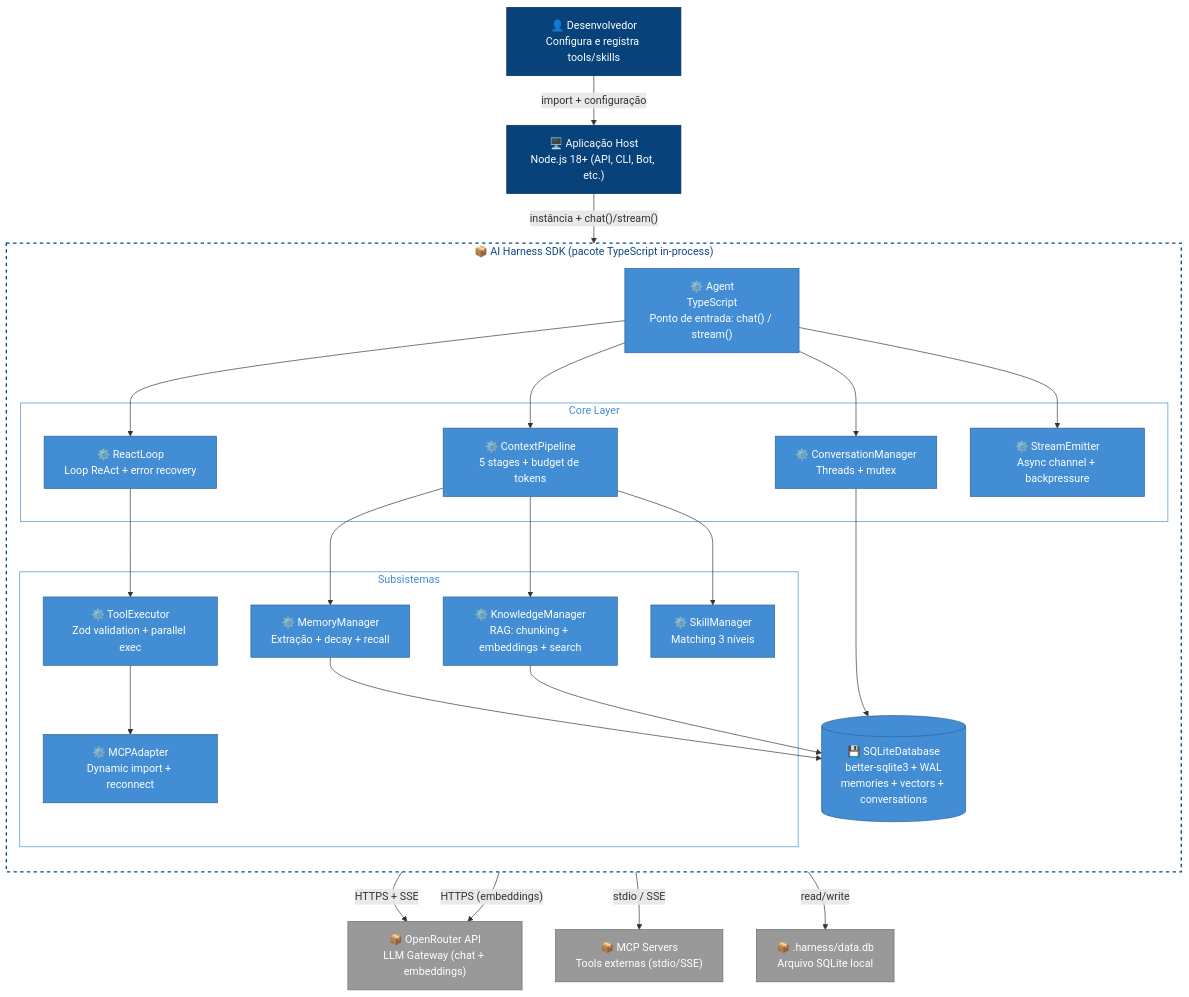
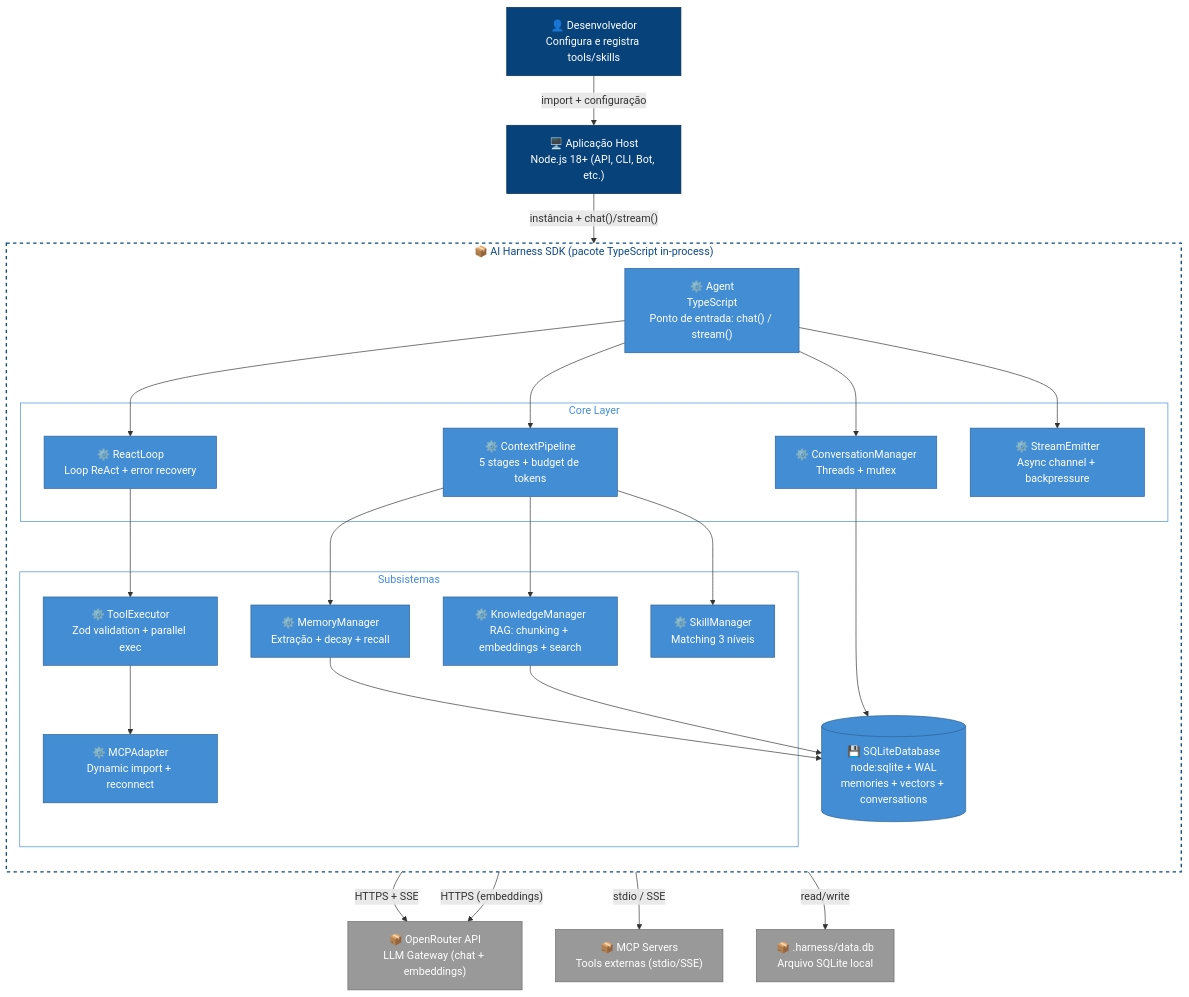
The diagram in docs/diagrams/containers/container-diagram.mmd (DouglasPrado/oinko), drawn with Mermaid before and after one commit. The commit also changed 29 other files, not shown here.

```diff
--- a/docs/diagrams/containers/container-diagram.mmd
+++ b/docs/diagrams/containers/container-diagram.mmd
@@ -1,78 +1,78 @@
 %% C4 Nível 2: Container Diagram — AI Harness SDK
 %% Referência: docs/blueprint/06-system-architecture.md
 %% O AI Harness SDK é uma biblioteca in-process, não um serviço distribuído.
 
 graph TB
     %% Atores
     Dev["👤 Desenvolvedor<br/>Configura e registra tools/skills"]
     HostApp["🖥️ Aplicação Host<br/>Node.js 18+ (API, CLI, Bot, etc.)"]
 
     %% Fronteira do Sistema
     subgraph SystemBoundary["📦 AI Harness SDK (pacote TypeScript in-process)"]
         direction TB
 
         Agent["⚙️ Agent<br/>TypeScript<br/>Ponto de entrada: chat() / stream()"]
 
         subgraph CoreLayer["Core Layer"]
             ReactLoop["⚙️ ReactLoop<br/>Loop ReAct + error recovery"]
             StreamEmitter["⚙️ StreamEmitter<br/>Async channel + backpressure"]
             CtxPipeline["⚙️ ContextPipeline<br/>5 stages + budget de tokens"]
             ConvManager["⚙️ ConversationManager<br/>Threads + mutex"]
         end
 
         subgraph SubsystemsLayer["Subsistemas"]
             ToolExec["⚙️ ToolExecutor<br/>Zod validation + parallel exec"]
             MemMgr["⚙️ MemoryManager<br/>Extração + decay + recall"]
             KnowMgr["⚙️ KnowledgeManager<br/>RAG: chunking + embeddings + search"]
             SkillMgr["⚙️ SkillManager<br/>Matching 3 níveis"]
             MCPAdapt["⚙️ MCPAdapter<br/>Dynamic import + reconnect"]
         end
 
-        SQLiteDB[("💾 SQLiteDatabase<br/>better-sqlite3 + WAL<br/>memories + vectors + conversations")]
+        SQLiteDB[("💾 SQLiteDatabase<br/>node:sqlite + WAL<br/>memories + vectors + conversations")]
     end
 
     %% Sistemas Externos
     OpenRouter["📦 OpenRouter API<br/>LLM Gateway (chat + embeddings)"]
     MCPServer["📦 MCP Servers<br/>Tools externas (stdio/SSE)"]
     DBFile["📦 .harness/data.db<br/>Arquivo SQLite local"]
 
     %% Relacionamentos
     Dev -->|"import + configuração"| HostApp
     HostApp -->|"instância + chat()/stream()"| Agent
     Agent --> ReactLoop
     Agent --> CtxPipeline
     Agent --> ConvManager
     Agent --> StreamEmitter
     ReactLoop --> ToolExec
     CtxPipeline --> MemMgr
     CtxPipeline --> KnowMgr
     CtxPipeline --> SkillMgr
     ToolExec --> MCPAdapt
     MemMgr --> SQLiteDB
     KnowMgr --> SQLiteDB
     ConvManager --> SQLiteDB
     ReactLoop -->|"HTTPS + SSE"| OpenRouter
     KnowMgr -->|"HTTPS (embeddings)"| OpenRouter
     MCPAdapt -->|"stdio / SSE"| MCPServer
     SQLiteDB -->|"read/write"| DBFile
 
     %% Estilos
     style SystemBoundary fill:none,stroke:#0b4884,stroke-width:2px,stroke-dasharray:5 5,color:#0b4884
     style CoreLayer fill:none,stroke:#438dd5,stroke-width:1px,color:#438dd5
     style SubsystemsLayer fill:none,stroke:#438dd5,stroke-width:1px,color:#438dd5
     style Agent fill:#438dd5,stroke:#2e6295,color:#fff
     style ReactLoop fill:#438dd5,stroke:#2e6295,color:#fff
     style StreamEmitter fill:#438dd5,stroke:#2e6295,color:#fff
     style CtxPipeline fill:#438dd5,stroke:#2e6295,color:#fff
     style ConvManager fill:#438dd5,stroke:#2e6295,color:#fff
     style ToolExec fill:#438dd5,stroke:#2e6295,color:#fff
     style MemMgr fill:#438dd5,stroke:#2e6295,color:#fff
     style KnowMgr fill:#438dd5,stroke:#2e6295,color:#fff
     style SkillMgr fill:#438dd5,stroke:#2e6295,color:#fff
     style MCPAdapt fill:#438dd5,stroke:#2e6295,color:#fff
     style SQLiteDB fill:#438dd5,stroke:#2e6295,color:#fff
     style Dev fill:#08427b,stroke:#052e56,color:#fff
     style HostApp fill:#08427b,stroke:#052e56,color:#fff
     style OpenRouter fill:#999999,stroke:#6b6b6b,color:#fff
     style MCPServer fill:#999999,stroke:#6b6b6b,color:#fff
     style DBFile fill:#999999,stroke:#6b6b6b,color:#fff
```
